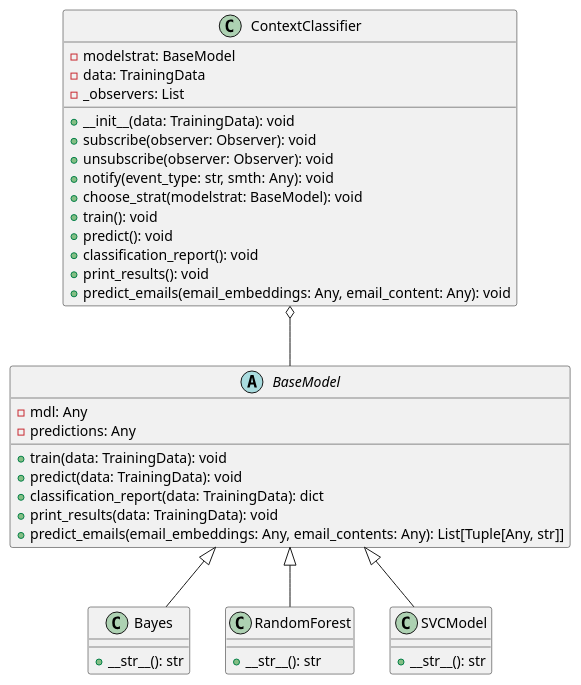
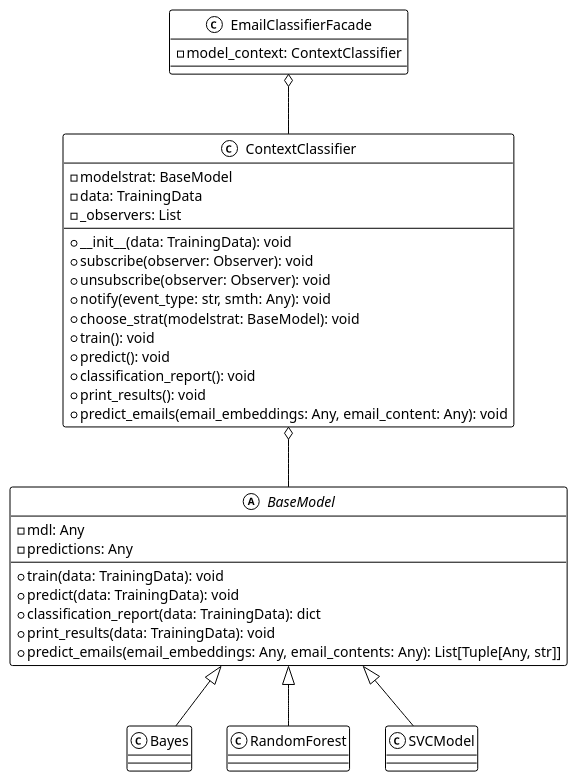
The diagram in uml/strategy_pattern.wsd (chrnas/email-classifier), drawn with PlantUML before and after one commit. The commit also changed 24 other files, not shown here.

```diff
--- a/uml/strategy_pattern.wsd
+++ b/uml/strategy_pattern.wsd
@@ -1,45 +1,48 @@
 @startuml
+!theme mono
+
+class EmailClassifierFacade {
+    - model_context: ContextClassifier
+}
 
 class ContextClassifier {
     - modelstrat: BaseModel
     - data: TrainingData
     - _observers: List
     + __init__(data: TrainingData): void
     + subscribe(observer: Observer): void
     + unsubscribe(observer: Observer): void
     + notify(event_type: str, smth: Any): void
     + choose_strat(modelstrat: BaseModel): void
     + train(): void
     + predict(): void
     + classification_report(): void
     + print_results(): void
     + predict_emails(email_embeddings: Any, email_content: Any): void
 }
 
 abstract class BaseModel {
     - mdl: Any
     - predictions: Any
     + train(data: TrainingData): void
     + predict(data: TrainingData): void
     + classification_report(data: TrainingData): dict
     + print_results(data: TrainingData): void
     + predict_emails(email_embeddings: Any, email_contents: Any): List[Tuple[Any, str]]
 }
 
 class Bayes {
-    + __str__(): str
 }
 class RandomForest {
-    + __str__(): str
 }
 class SVCModel {
-    + __str__(): str
 }
 
 
 
 ContextClassifier o-- BaseModel
 BaseModel <|-- Bayes
 BaseModel <|-- RandomForest
 BaseModel <|-- SVCModel
+EmailClassifierFacade o-- ContextClassifier
 @enduml
```
